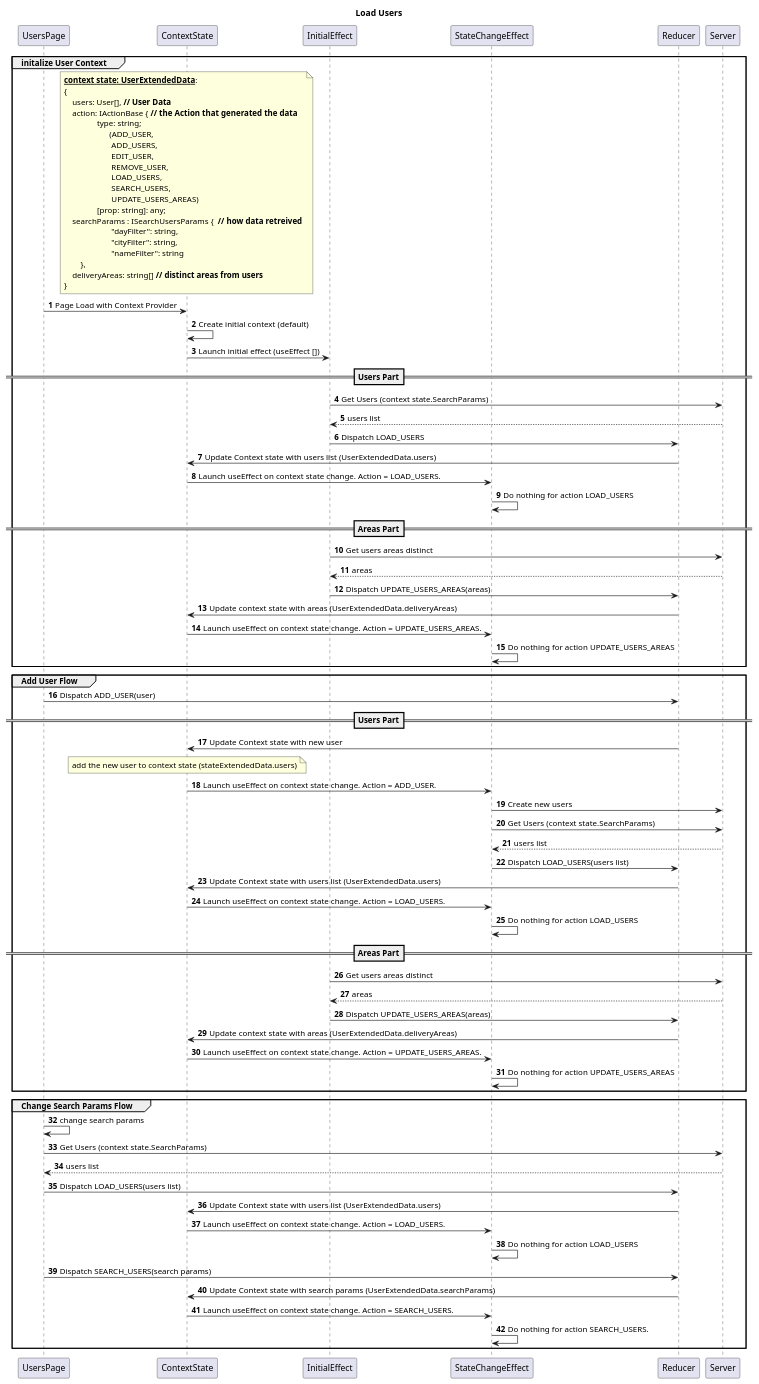
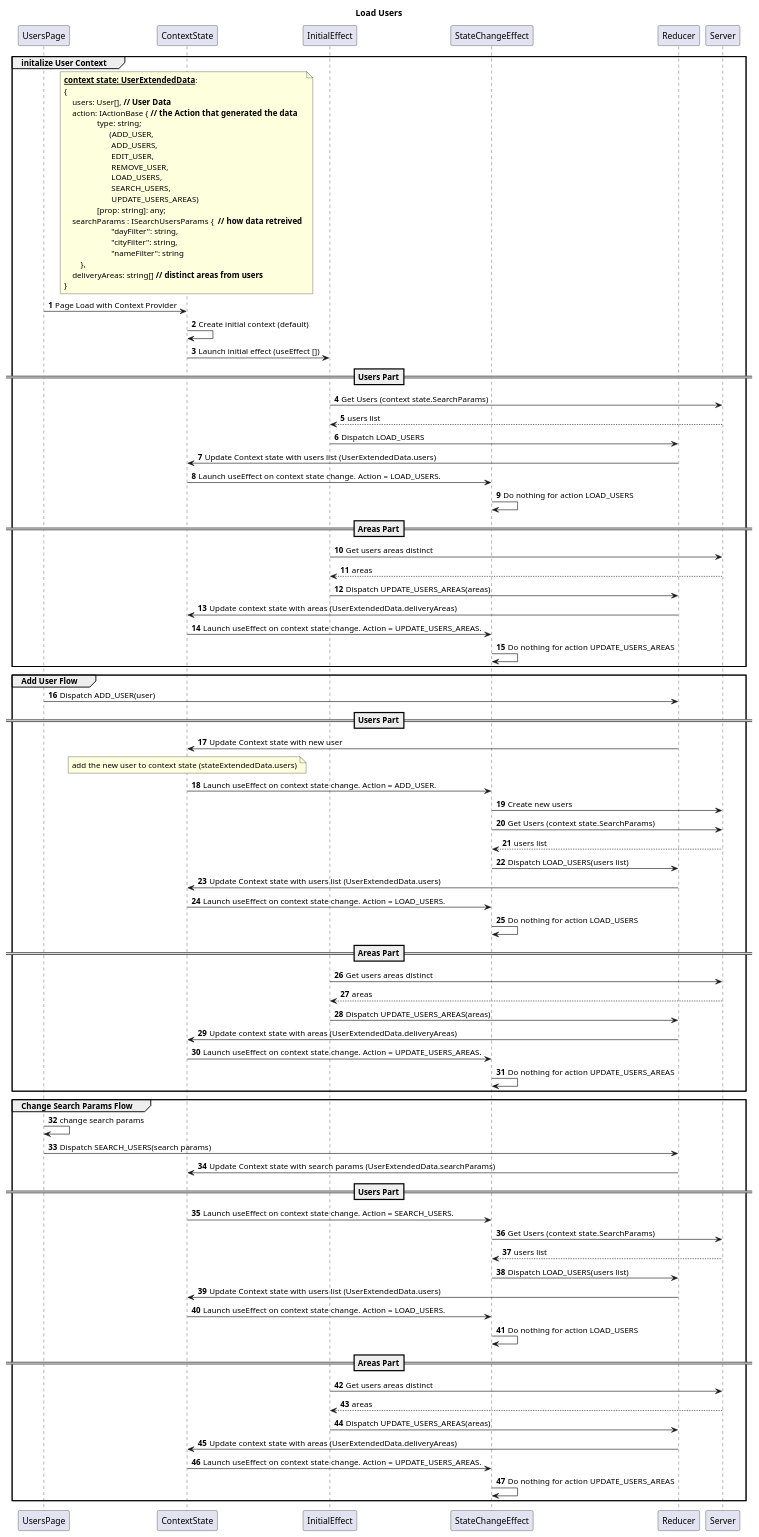
The diagram in docs/ loadUsers.puml (Haverim-Larefua/haverim-larefua-portal), drawn with PlantUML before and after one commit. The commit also changed 7 other files, not shown here.

Commit message:
handle changing search params

```diff
--- a/docs/ loadUsers.puml
+++ b/docs/ loadUsers.puml
@@ -1,97 +1,102 @@
 @startuml
 
 title Load Users
 
 autonumber
 
 participant UsersPage as UI
 participant ContextState as context
 participant InitialEffect as inital_effect
 participant StateChangeEffect as effect
 participant Reducer as reducer
 participant Server as server
 
 group initalize User Context
 note over context
   <b><u>context state: UserExtendedData</u></b>:
   {
       users: User[], <b>// User Data</b>
       action: IActionBase { <b>// the Action that generated the data</b>
                   type: string;  
                         (ADD_USER, 
                          ADD_USERS, 
                          EDIT_USER, 
                          REMOVE_USER, 
                          LOAD_USERS, 
                          SEARCH_USERS, 
                          UPDATE_USERS_AREAS)
                   [prop: string]: any;
       searchParams : ISearchUsersParams { <b> // how data retreived </b>
                          "dayFilter": string,
                          "cityFilter": string,
                          "nameFilter": string
           },
       deliveryAreas: string[] <b>// distinct areas from users </b>
   }
 end note
 UI -> context: Page Load with Context Provider
 context -> context: Create initial context (default)
 context-> inital_effect: Launch initial effect (useEffect [])
 == Users Part==
 inital_effect -> server: Get Users (context state.SearchParams)
 server --> inital_effect: users list
 inital_effect -> reducer: Dispatch LOAD_USERS
 reducer -> context: Update Context state with users list (UserExtendedData.users)
 context -> effect: Launch useEffect on context state change. Action = LOAD_USERS.
 effect -> effect: Do nothing for action LOAD_USERS
 == Areas Part==
 inital_effect -> server: Get users areas distinct
 server --> inital_effect: areas
 inital_effect -> reducer : Dispatch UPDATE_USERS_AREAS(areas)
 reducer -> context: Update context state with areas (UserExtendedData.deliveryAreas)
 context -> effect: Launch useEffect on context state change. Action = UPDATE_USERS_AREAS.
 effect -> effect: Do nothing for action UPDATE_USERS_AREAS
 end
 
 group Add User Flow
 UI -> reducer: Dispatch ADD_USER(user)
 == Users Part==
 reducer -> context: Update Context state with new user 
 note over context
 add the new user to context state (stateExtendedData.users)
 end note
 context -> effect: Launch useEffect on context state change. Action = ADD_USER.
 effect -> server: Create new users
 effect -> server: Get Users (context state.SearchParams)
 server --> effect: users list
 effect -> reducer: Dispatch LOAD_USERS(users list)
 reducer -> context: Update Context state with users list (UserExtendedData.users)
 context -> effect: Launch useEffect on context state change. Action = LOAD_USERS.
 effect -> effect: Do nothing for action LOAD_USERS
 == Areas Part==
 inital_effect -> server: Get users areas distinct
 server --> inital_effect: areas
 inital_effect -> reducer : Dispatch UPDATE_USERS_AREAS(areas)
 reducer -> context: Update context state with areas (UserExtendedData.deliveryAreas)
 context -> effect: Launch useEffect on context state change. Action = UPDATE_USERS_AREAS.
 effect -> effect: Do nothing for action UPDATE_USERS_AREAS
 
 end
 
 group Change Search Params Flow
 UI -> UI: change search params
-UI -> server: Get Users (context state.SearchParams)
-server --> UI: users list
-UI -> reducer: Dispatch LOAD_USERS(users list)
+UI -> reducer: Dispatch SEARCH_USERS(search params)
+reducer -> context: Update Context state with search params (UserExtendedData.searchParams)
+== Users Part==
+context -> effect: Launch useEffect on context state change. Action = SEARCH_USERS.
+effect -> server: Get Users (context state.SearchParams)
+server --> effect: users list
+effect -> reducer: Dispatch LOAD_USERS(users list)
 reducer -> context: Update Context state with users list (UserExtendedData.users)
 context -> effect: Launch useEffect on context state change. Action = LOAD_USERS.
 effect -> effect: Do nothing for action LOAD_USERS
-
-UI -> reducer: Dispatch SEARCH_USERS(search params)
-reducer -> context: Update Context state with search params (UserExtendedData.searchParams)
-context -> effect: Launch useEffect on context state change. Action = SEARCH_USERS.
-effect -> effect: Do nothing for action SEARCH_USERS.
-
+== Areas Part==
+inital_effect -> server: Get users areas distinct
+server --> inital_effect: areas
+inital_effect -> reducer : Dispatch UPDATE_USERS_AREAS(areas)
+reducer -> context: Update context state with areas (UserExtendedData.deliveryAreas)
+context -> effect: Launch useEffect on context state change. Action = UPDATE_USERS_AREAS.
+effect -> effect: Do nothing for action UPDATE_USERS_AREAS
 end
 
 @enduml
```
